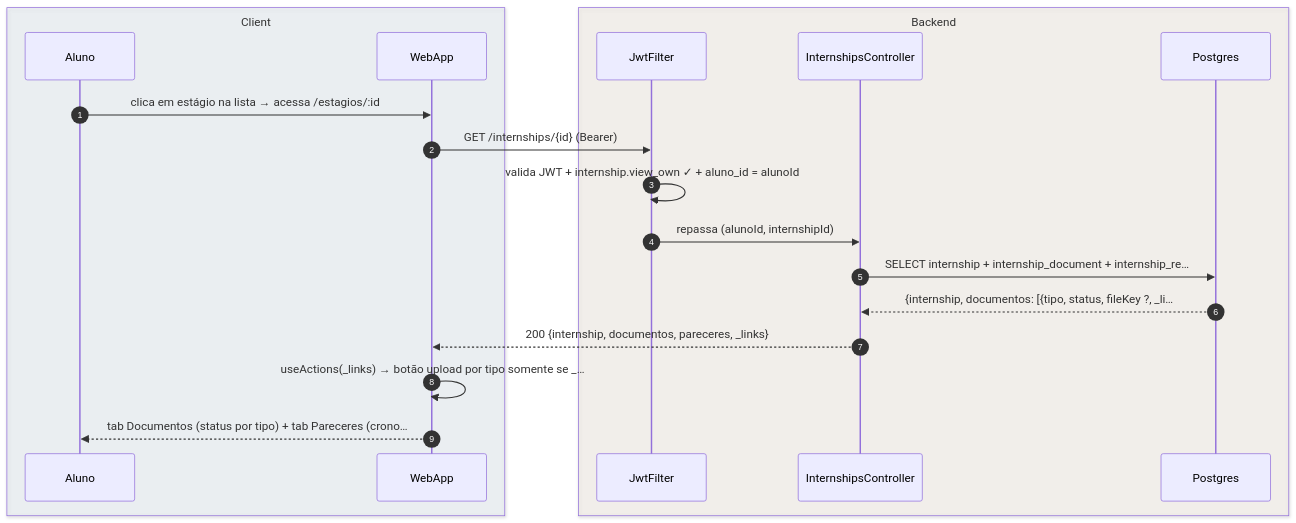
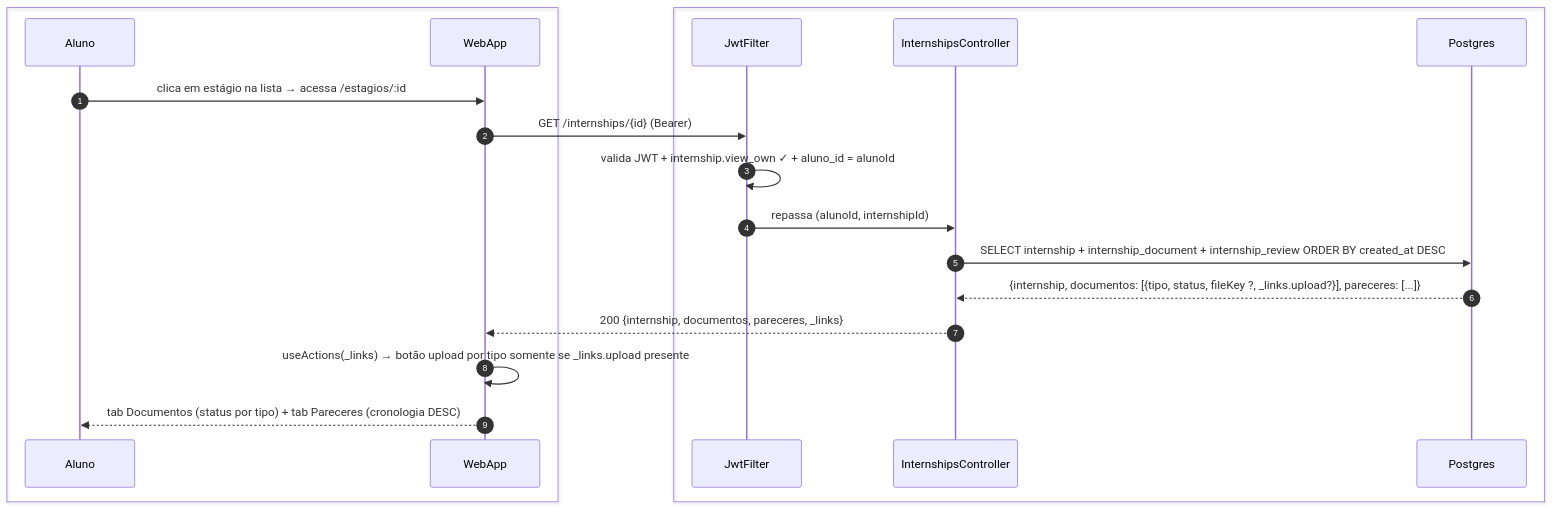
One commit to umishell/secretariaOnline2 changed the second of 3 diagrams in foundationDocs/sequenceDiagrams/F1 — Aluno/US-F1-007-ESTAGIO.md. Above: the diagram before and after it, drawn with Mermaid. The commit also changed other lines of this file and 70 other files, not shown here.

First line of the commit message:
Enhance database documentation and introduce new schema files

````diff
--- a/foundationDocs/sequenceDiagrams/F1 — Aluno/US-F1-007-ESTAGIO.md
+++ b/foundationDocs/sequenceDiagrams/F1 — Aluno/US-F1-007-ESTAGIO.md
@@ -86,23 +86,23 @@
 ```mermaid
 sequenceDiagram
     autonumber
-    box rgba(230,245,255,0.3) Client
+    box #e8f4fc Cliente
         participant Aluno
         participant WebApp
     end
-    box rgba(255,245,230,0.3) Backend
+    box #fff8ee Servidor
         participant JwtFilter
         participant InternshipsController
         participant Postgres
     end
 
     Aluno->>WebApp: clica em estágio na lista → acessa /estagios/:id
     WebApp->>JwtFilter: GET /internships/{id} (Bearer)
     JwtFilter->>JwtFilter: valida JWT + internship.view_own ✓ + aluno_id = alunoId
     JwtFilter->>InternshipsController: repassa (alunoId, internshipId)
-    InternshipsController->>Postgres: SELECT internship + internship_document + internship_re…
-    Postgres-->>InternshipsController: {internship, documentos: [{tipo, status, fileKey ?, _li…
+    InternshipsController->>Postgres: SELECT internship + internship_document + internship_review ORDER BY created_at DESC
+    Postgres-->>InternshipsController: {internship, documentos: [{tipo, status, fileKey ?, _links.upload?}], pareceres: [...]}
     InternshipsController-->>WebApp: 200 {internship, documentos, pareceres, _links}
-    WebApp->>WebApp: useActions(_links) → botão upload por tipo somente se _…
-    WebApp-->>Aluno: tab Documentos (status por tipo) + tab Pareceres (crono…
+    WebApp->>WebApp: useActions(_links) → botão upload por tipo somente se _links.upload presente
+    WebApp-->>Aluno: tab Documentos (status por tipo) + tab Pareceres (cronologia DESC)
 ```
````
